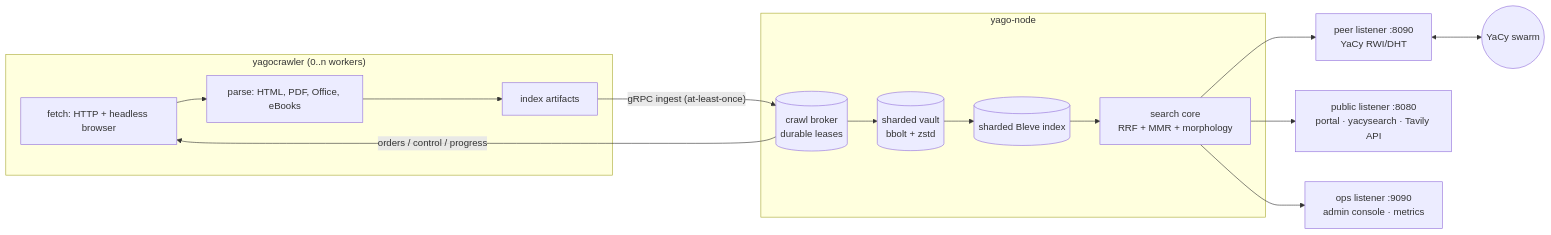
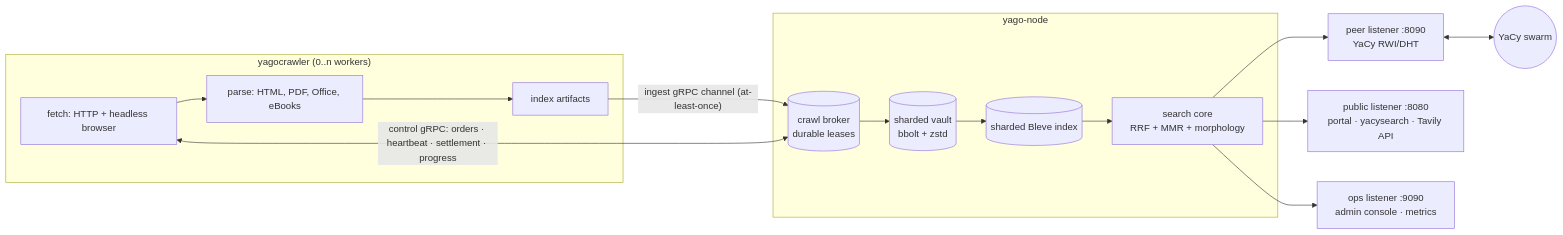
The diagram in README.md (D4rk4/yago), drawn with Mermaid before and after one commit. The commit also changed other lines of this file and 114 other files, not shown here.

````diff
--- a/README.md
+++ b/README.md
@@ -254,19 +275,19 @@
 ```mermaid
 flowchart LR
     subgraph crawler ["yagocrawler (0..n workers)"]
         F["fetch: HTTP + headless browser"] --> P["parse: HTML, PDF, Office, eBooks"]
         P --> I["index artifacts"]
     end
     subgraph node ["yago-node"]
         B[("crawl broker<br/>durable leases")]
         V[("sharded vault<br/>bbolt + zstd")]
         X[("sharded Bleve index")]
         S["search core<br/>RRF + MMR + morphology"]
     end
-    I -- "gRPC ingest (at-least-once)" --> B --> V --> X --> S
-    B -- "orders / control / progress" --> F
+    I -- "ingest gRPC channel (at-least-once)" --> B --> V --> X --> S
+    B <-->|control gRPC: orders · heartbeat · settlement · progress| F
     S --> PEER["peer listener :8090<br/>YaCy RWI/DHT"]
     S --> PUB["public listener :8080<br/>portal · yacysearch · Tavily API"]
     S --> OPS["ops listener :9090<br/>admin console · metrics"]
     PEER <--> SWARM(("YaCy swarm"))
 ```
````
